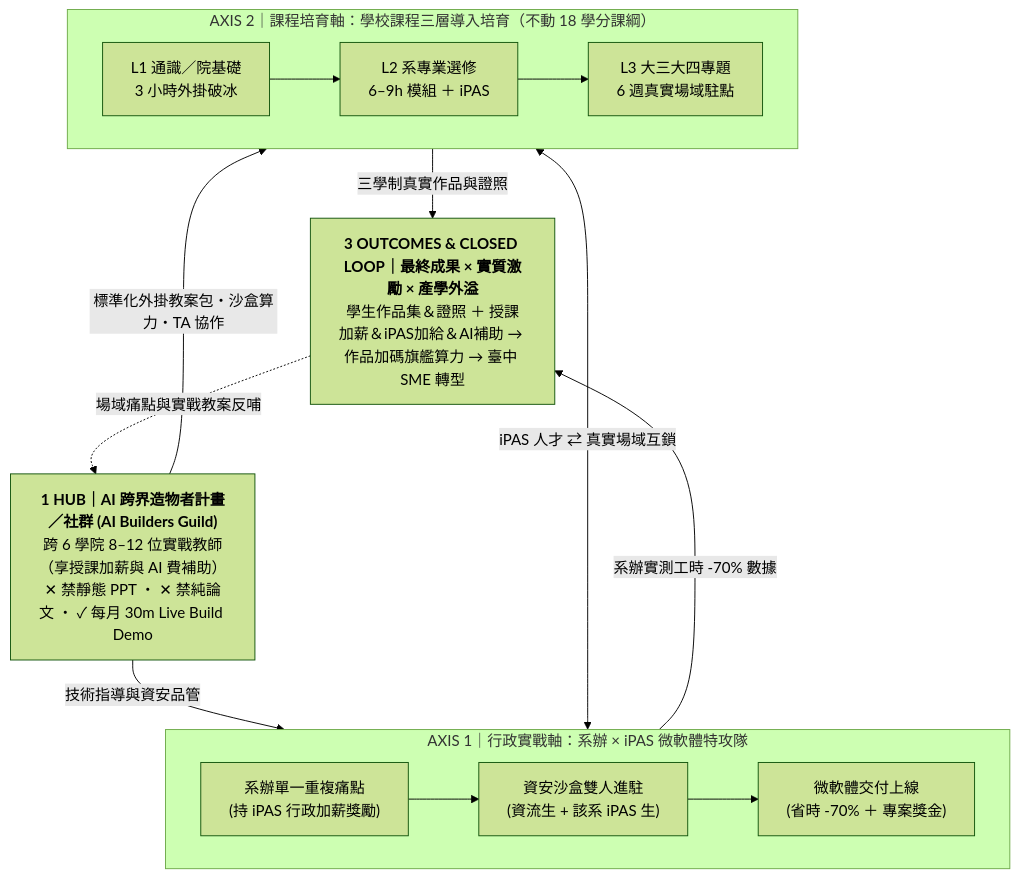
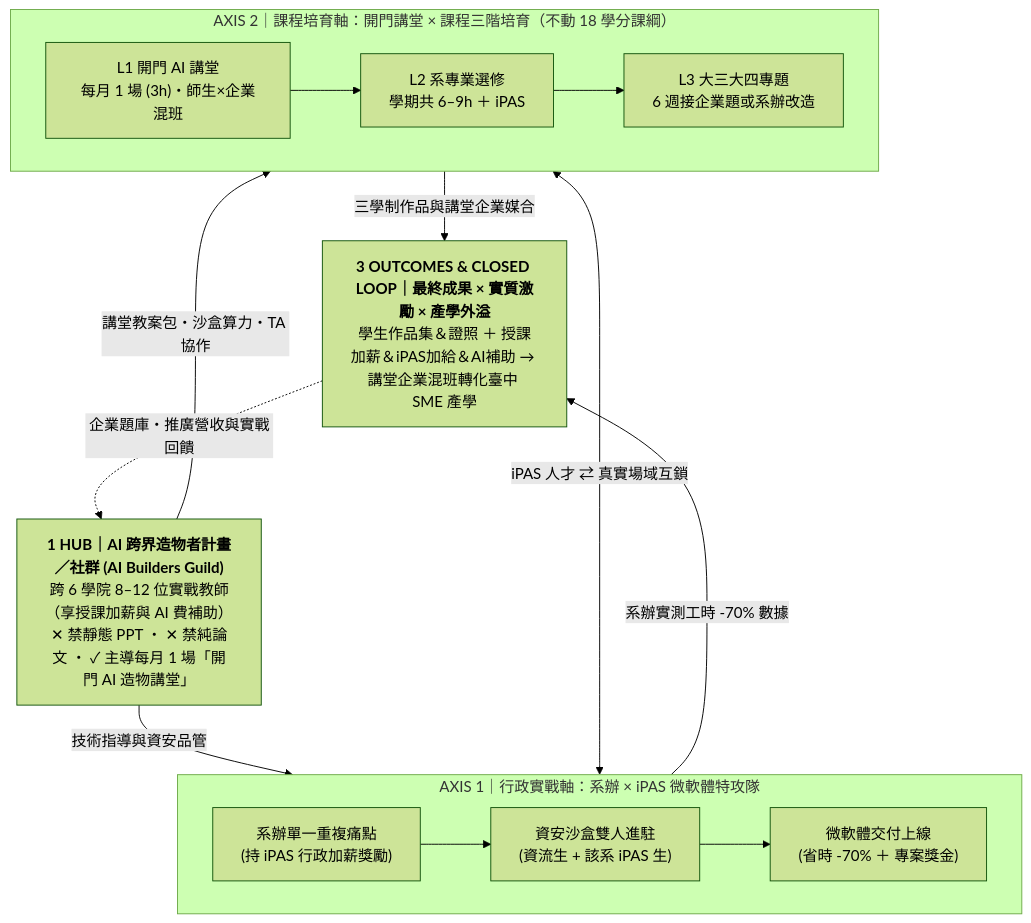
The first of 4 diagrams in README.md (nutcelvischen-jpg/nutc-ai-open-door), drawn with Mermaid (forest theme) before and after one commit. The commit also changed other lines of this file and 2 other files, not shown here.

````diff
--- a/README.md
+++ b/README.md
@@ -13,24 +13,24 @@
 ```mermaid
 flowchart TB
-    HUB["<b>1 HUB｜AI 跨界造物者計畫／社群 (AI Builders Guild)</b><br/>跨 6 學院 8–12 位實戰教師（享授課加薪與 AI 費補助）<br/>✕ 禁靜態 PPT ・ ✕ 禁純論文 ・ ✓ 每月 30m Live Build Demo"]
+    HUB["<b>1 HUB｜AI 跨界造物者計畫／社群 (AI Builders Guild)</b><br/>跨 6 學院 8–12 位實戰教師（享授課加薪與 AI 費補助）<br/>✕ 禁靜態 PPT ・ ✕ 禁純論文 ・ ✓ 主導每月 1 場「開門 AI 造物講堂」"]
 
     HUB -->|"技術指導與資安品管"| A1
-    HUB -->|"標準化外掛教案包・沙盒算力・TA 協作"| A2
+    HUB -->|"講堂教案包・沙盒算力・TA 協作"| A2
 
     subgraph A1["AXIS 1｜行政實戰軸：系辦 × iPAS 微軟體特攻隊"]
         direction LR
         P1["系辦單一重複痛點<br/>(持 iPAS 行政加薪獎勵)"] --> P2["資安沙盒雙人進駐<br/>(資流生 + 該系 iPAS 生)"] --> P3["微軟體交付上線<br/>(省時 -70% ＋ 專案獎金)"]
     end
 
-    subgraph A2["AXIS 2｜課程培育軸：學校課程三層導入培育（不動 18 學分課綱）"]
+    subgraph A2["AXIS 2｜課程培育軸：開門講堂 × 課程三階培育（不動 18 學分課綱）"]
         direction LR
-        L1["L1 通識／院基礎<br/>3 小時外掛破冰"] --> L2["L2 系專業選修<br/>6–9h 模組 ＋ iPAS"] --> L3["L3 大三大四專題<br/>6 週真實場域駐點"]
+        L1["L1 開門 AI 講堂<br/>每月 1 場 (3h)・師生×企業混班"] --> L2["L2 系專業選修<br/>學期共 6–9h ＋ iPAS"] --> L3["L3 大三大四專題<br/>6 週接企業題或系辦改造"]
     end
 
     A1 <-->|"iPAS 人才 ⇄ 真實場域互鎖"| A2
     A1 -->|"系辦實測工時 -70% 數據"| LOOP
-    A2 -->|"三學制真實作品與證照"| LOOP
+    A2 -->|"三學制作品與講堂企業媒合"| LOOP
 
-    LOOP["<b>3 OUTCOMES & CLOSED LOOP｜最終成果 × 實質激勵 × 產學外溢</b><br/>學生作品集＆證照 ＋ 授課加薪＆iPAS加給＆AI補助 → 作品加碼旗艦算力 → 臺中 SME 轉型"]
-    LOOP -.->|"場域痛點與實戰教案反哺"| HUB
+    LOOP["<b>3 OUTCOMES & CLOSED LOOP｜最終成果 × 實質激勵 × 產學外溢</b><br/>學生作品集＆證照 ＋ 授課加薪＆iPAS加給＆AI補助 → 講堂企業混班轉化臺中 SME 產學"]
+    LOOP -.->|"企業題庫・推廣營收與實戰回饋"| HUB
 ```
````
